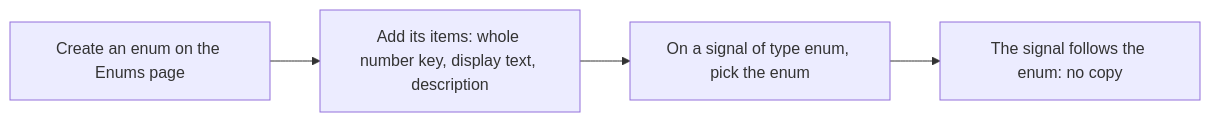
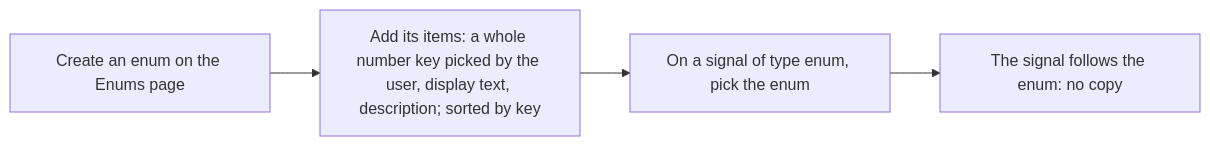
The third of 3 diagrams in metadata/06-enums.md (AlexandreGallais/synoptic-studio-spec), drawn with Mermaid before and after one commit. The commit also changed other lines of this file and 3 other files, not shown here.

First line of the commit message:
docs(enums): let users pick keys and sort items by key

````diff
--- a/metadata/06-enums.md
+++ b/metadata/06-enums.md
@@ -82,6 +85,6 @@
 ```mermaid
 flowchart LR
-    A["Create an enum on the Enums page"] --> B["Add its items: whole number key, display text, description"]
+    A["Create an enum on the Enums page"] --> B["Add its items: a whole number key picked by the user, display text, description; sorted by key"]
     B --> C["On a signal of type enum, pick the enum"]
     C --> D["The signal follows the enum: no copy"]
 ```
````
